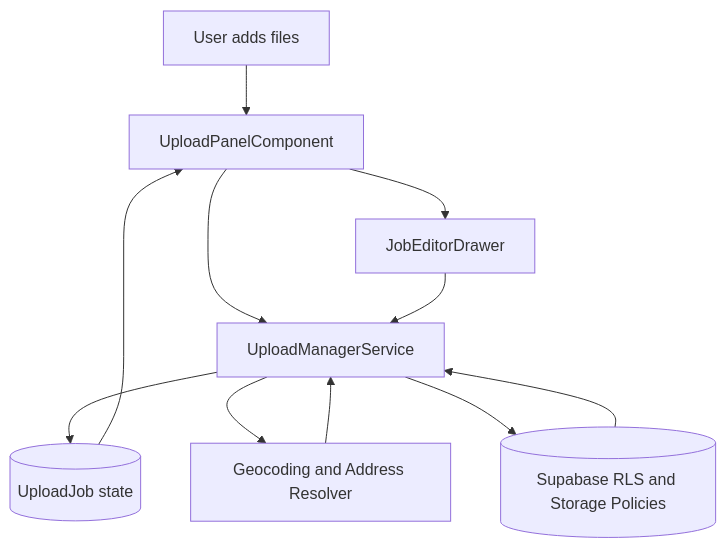
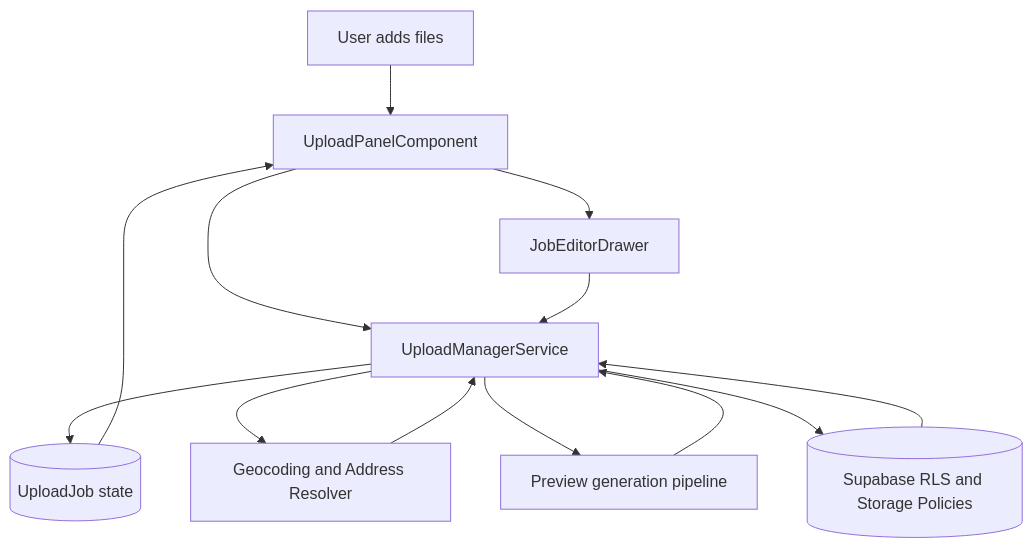
One commit to matkleve/feldpost changed the first of 3 diagrams in docs/element-specs/upload-panel.md. Above: the diagram before and after it, drawn with Mermaid. The commit also changed other lines of this file and 31 other files, not shown here.

````diff
--- a/docs/element-specs/upload-panel.md
+++ b/docs/element-specs/upload-panel.md
@@ -80,13 +84,15 @@
 ```mermaid
 flowchart TD
   U[User adds files] --> P[UploadPanelComponent]
   P --> M[UploadManagerService]
   M --> J[(UploadJob state)]
   J --> P
   P --> E[JobEditorDrawer]
   E --> M
   M --> G[Geocoding and Address Resolver]
   G --> M
+  M --> V[Preview generation pipeline]
+  V --> M
   M --> S[(Supabase RLS and Storage Policies)]
   S --> M
 ```
````
